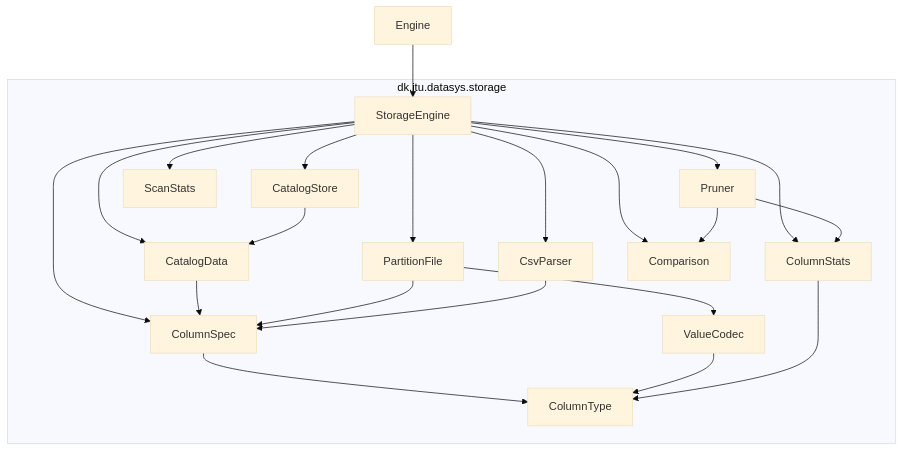
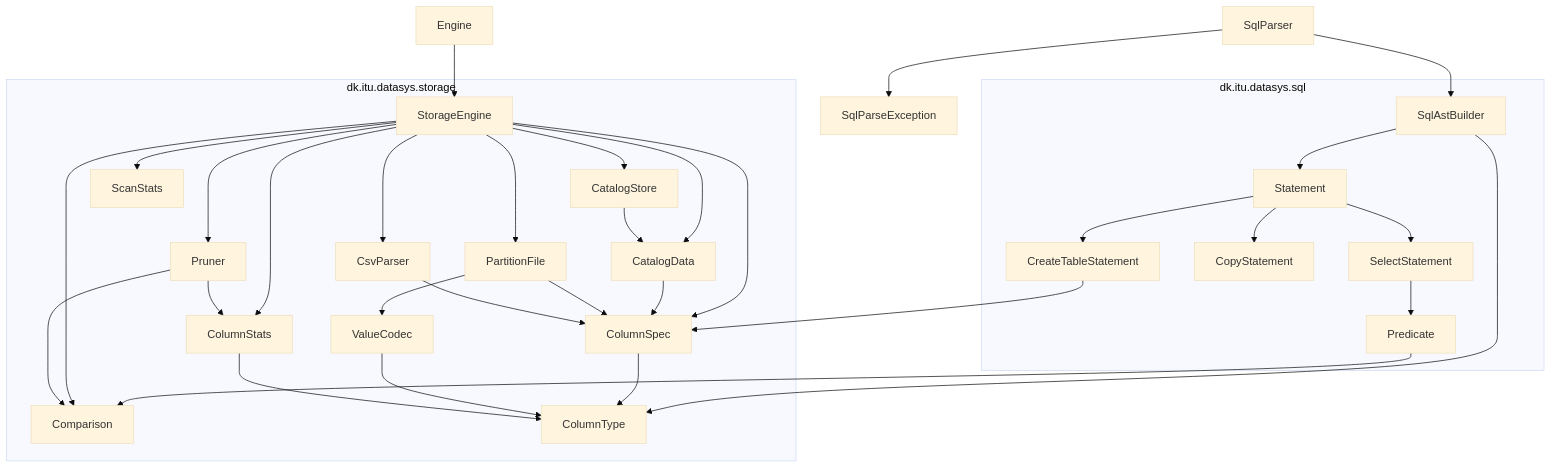
The diagram in README.md (julianefalsig/datasys-engine-TheQueryCrew), drawn with Mermaid (base theme) before and after one commit. The commit also changed other lines of this file and 10 other files, not shown here.

First line of the commit message:
3.2 & 3.3: Generate the Parser with ANTLR and define the AST 🫶 (#24)

````diff
--- a/README.md
+++ b/README.md
@@ -46,38 +60,58 @@
 ```mermaid
 flowchart TD
   Engine
+  SqlParser
+  SqlParseException
+  subgraph sqlPkg ["dk.itu.datasys.sql"]
+    SqlAstBuilder
+    Statement
+    CreateTableStatement
+    CopyStatement
+    SelectStatement
+    Predicate
+  end
   subgraph storagePkg ["dk.itu.datasys.storage"]
     StorageEngine
     CatalogStore
     CatalogData
     PartitionFile
     CsvParser
     Pruner
     ColumnStats
     ColumnSpec
     Comparison
     ScanStats
     ValueCodec
     ColumnType
   end
   Engine --> StorageEngine
+  SqlParser --> SqlAstBuilder
+  SqlParser --> SqlParseException
+  SqlAstBuilder --> Statement
+  Statement --> CreateTableStatement
+  Statement --> CopyStatement
+  Statement --> SelectStatement
+  CreateTableStatement --> ColumnSpec
+  SelectStatement --> Predicate
+  Predicate --> Comparison
+  SqlAstBuilder --> ColumnType
   StorageEngine --> CatalogStore
   StorageEngine --> CatalogData
   StorageEngine --> PartitionFile
   StorageEngine --> CsvParser
   StorageEngine --> Pruner
   StorageEngine --> ColumnStats
   StorageEngine --> ColumnSpec
   StorageEngine --> Comparison
   StorageEngine --> ScanStats
   CatalogStore --> CatalogData
   CatalogData --> ColumnSpec
   PartitionFile --> ValueCodec
   PartitionFile --> ColumnSpec
   CsvParser --> ColumnSpec
   Pruner --> ColumnStats
   Pruner --> Comparison
   ColumnSpec --> ColumnType
   ValueCodec --> ColumnType
   ColumnStats --> ColumnType
 ```
````
